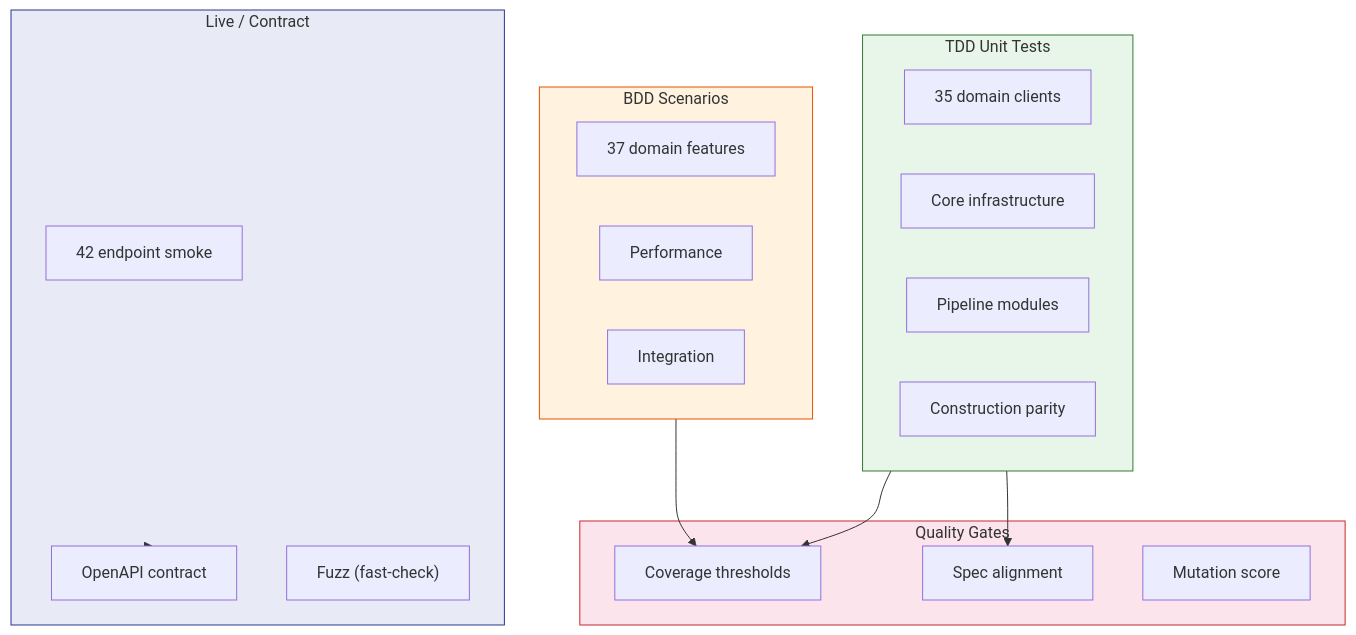
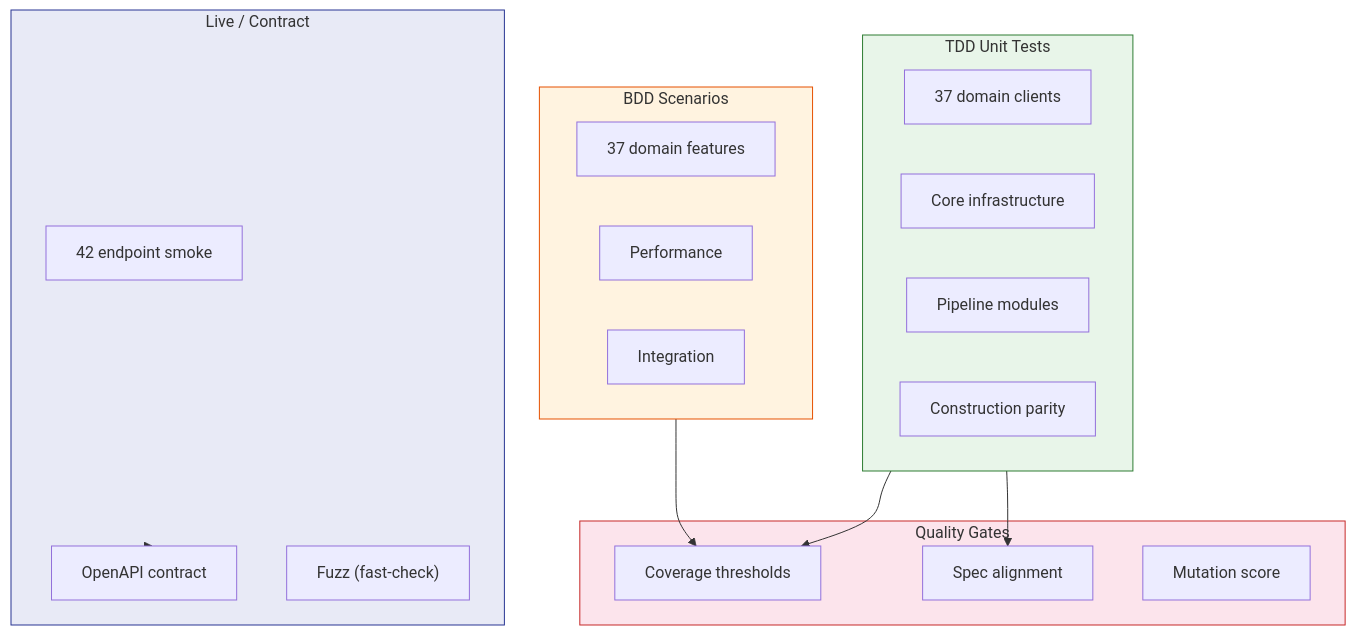
Diagram 13 of 18 in guides/ARCHITECTURE.md (lgriffin/ESI.ts), drawn with Mermaid before and after one commit. The commit also changed other lines of this file and 9 other files, not shown here.

````diff
--- a/guides/ARCHITECTURE.md
+++ b/guides/ARCHITECTURE.md
@@ -715,37 +715,37 @@
 ```mermaid
 flowchart TB
     subgraph Unit ["TDD Unit Tests"]
-        clients["35 domain clients"]
+        clients["37 domain clients"]
         core["Core infrastructure"]
         pipeline["Pipeline modules"]
         parity["Construction parity"]
     end
 
     subgraph BDD ["BDD Scenarios"]
         domain["37 domain features"]
         perf["Performance"]
         integ["Integration"]
     end
 
     subgraph Live ["Live / Contract"]
         smoke["42 endpoint smoke"]
         contract["OpenAPI contract"]
         fuzz["Fuzz (fast-check)"]
     end
 
     subgraph Gates ["Quality Gates"]
         cov["Coverage thresholds"]
         spec["Spec alignment"]
         mutation["Mutation score"]
     end
 
     Unit --> cov
     BDD --> cov
     Live --> contract
     Unit --> spec
 
     style Unit fill:#e8f5e9,stroke:#2e7d32
     style BDD fill:#fff3e0,stroke:#e65100
     style Live fill:#e8eaf6,stroke:#283593
     style Gates fill:#fce4ec,stroke:#c62828
 ```
````
